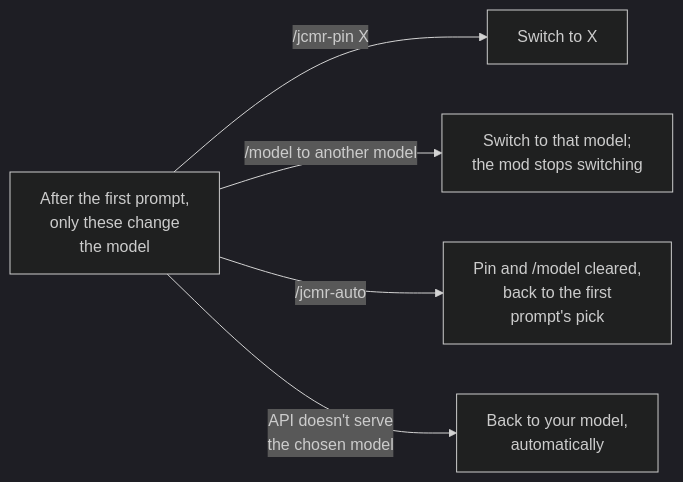
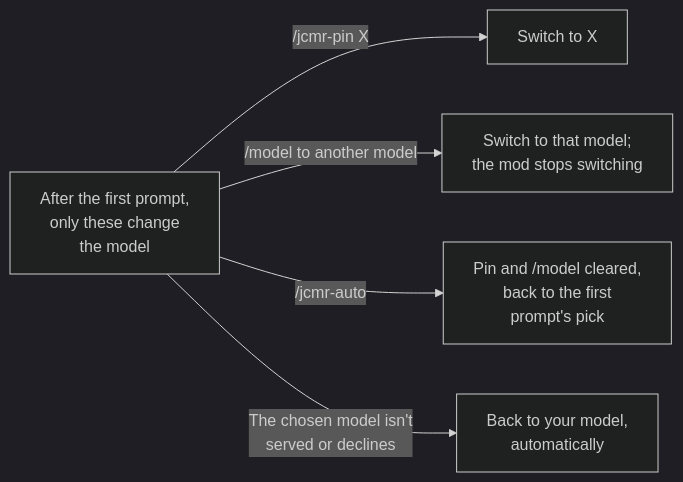
The second of 3 diagrams in README.md (KevinYu1580/jcGearbox), drawn with Mermaid (dark theme) before and after one commit. The commit also changed other lines of this file and 1 other file, not shown here.

First line of the commit message:
docs(readme): 同步 model 與 effort 行為說明

````diff
--- a/README.md
+++ b/README.md
@@ -59,8 +59,8 @@
 ```mermaid
 flowchart LR
     C["After the first prompt,<br/>only these change<br/>the model"]
     C -->|"/jcmr-pin X"| X["Switch to X"]
     C -->|"/model to another model"| U["Switch to that model;<br/>the mod stops switching"]
     C -->|"/jcmr-auto"| A["Pin and /model cleared,<br/>back to the first<br/>prompt's pick"]
-    C -->|"API doesn't serve<br/>the chosen model"| S["Back to your model,<br/>automatically"]
+    C -->|"The chosen model isn't<br/>served or declines"| S["Back to your model,<br/>automatically"]
 ```
````
